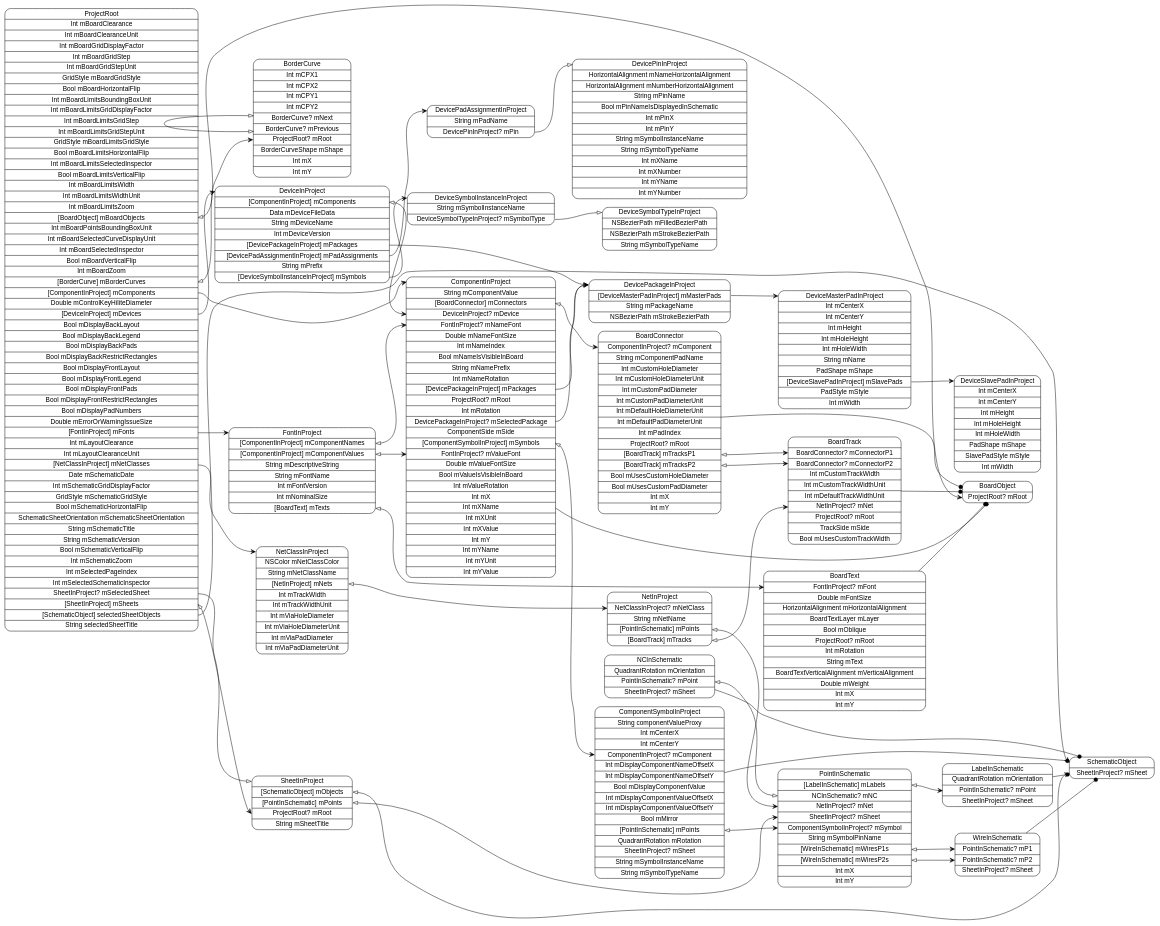
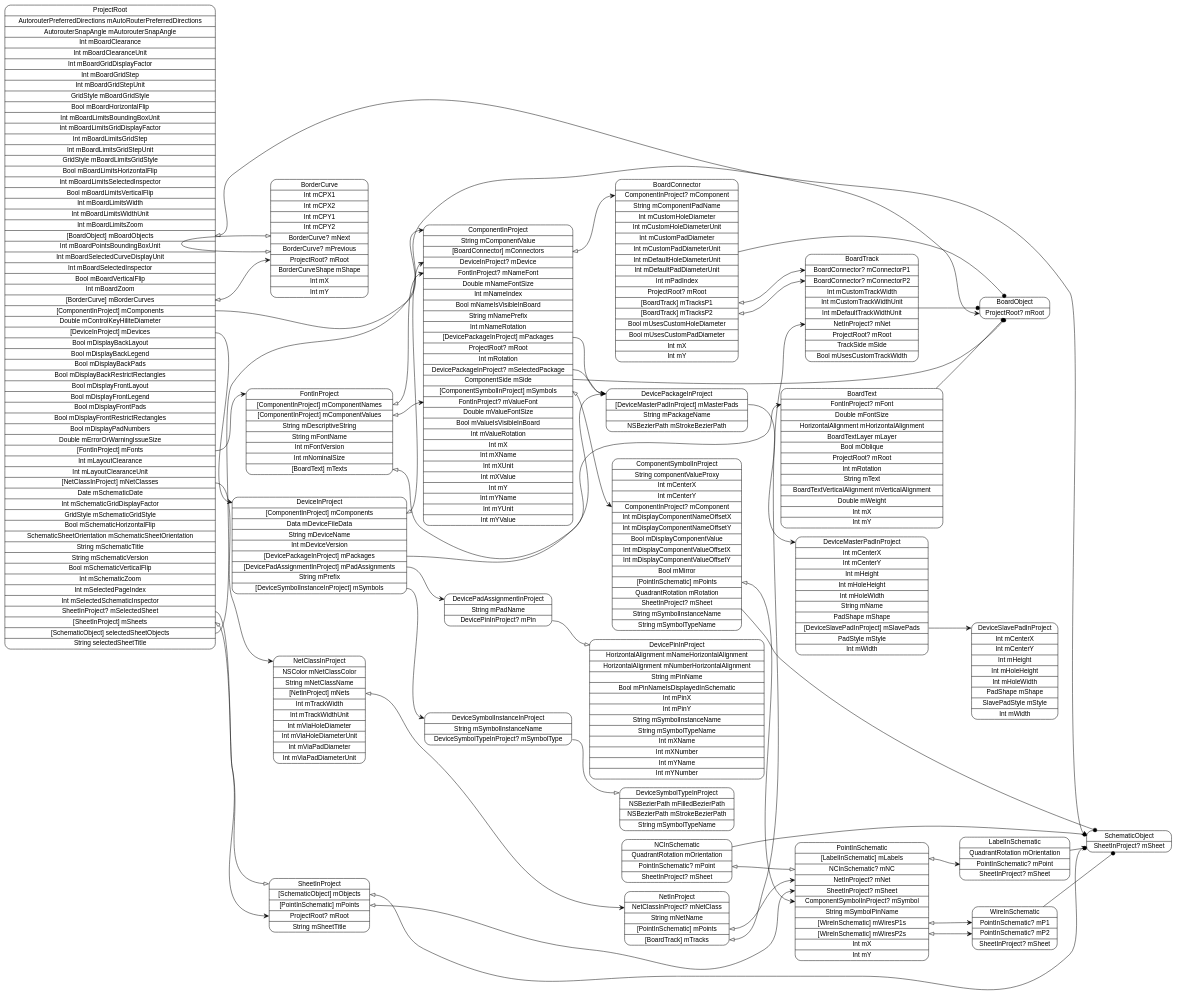
The diagram in models/ProjectRoot.dot (pierremolinaro/ElCanari-dev), drawn with Graphviz before and after one commit. The commit also changed 14 other files, not shown here.

```diff
--- a/models/ProjectRoot.dot
+++ b/models/ProjectRoot.dot
@@ -1,7 +1,7 @@
 digraph G {
   rankdir=LR ;
   node [shape=record fontname=helvetica style=rounded] ;
-  ProjectRoot[label="<ProjectRoot>ProjectRoot|Int mBoardClearance|Int mBoardClearanceUnit|Int mBoardGridDisplayFactor|Int mBoardGridStep|Int mBoardGridStepUnit|GridStyle mBoardGridStyle|Bool mBoardHorizontalFlip|Int mBoardLimitsBoundingBoxUnit|Int mBoardLimitsGridDisplayFactor|Int mBoardLimitsGridStep|Int mBoardLimitsGridStepUnit|GridStyle mBoardLimitsGridStyle|Bool mBoardLimitsHorizontalFlip|Int mBoardLimitsSelectedInspector|Bool mBoardLimitsVerticalFlip|Int mBoardLimitsWidth|Int mBoardLimitsWidthUnit|Int mBoardLimitsZoom|<mBoardObjects>[BoardObject] mBoardObjects|Int mBoardPointsBoundingBoxUnit|Int mBoardSelectedCurveDisplayUnit|Int mBoardSelectedInspector|Bool mBoardVerticalFlip|Int mBoardZoom|<mBorderCurves>[BorderCurve] mBorderCurves|<mComponents>[ComponentInProject] mComponents|Double mControlKeyHiliteDiameter|<mDevices>[DeviceInProject] mDevices|Bool mDisplayBackLayout|Bool mDisplayBackLegend|Bool mDisplayBackPads|Bool mDisplayBackRestrictRectangles|Bool mDisplayFrontLayout|Bool mDisplayFrontLegend|Bool mDisplayFrontPads|Bool mDisplayFrontRestrictRectangles|Bool mDisplayPadNumbers|Double mErrorOrWarningIssueSize|<mFonts>[FontInProject] mFonts|Int mLayoutClearance|Int mLayoutClearanceUnit|<mNetClasses>[NetClassInProject] mNetClasses|Date mSchematicDate|Int mSchematicGridDisplayFactor|GridStyle mSchematicGridStyle|Bool mSchematicHorizontalFlip|SchematicSheetOrientation mSchematicSheetOrientation|String mSchematicTitle|String mSchematicVersion|Bool mSchematicVerticalFlip|Int mSchematicZoom|Int mSelectedPageIndex|Int mSelectedSchematicInspector|<mSelectedSheet>SheetInProject? mSelectedSheet|<mSheets>[SheetInProject] mSheets|<selectedSheetObjects>[SchematicObject] selectedSheetObjects|String selectedSheetTitle"] ;
+  ProjectRoot[label="<ProjectRoot>ProjectRoot|AutorouterPreferredDirections mAutoRouterPreferredDirections|AutorouterSnapAngle mAutorouterSnapAngle|Int mBoardClearance|Int mBoardClearanceUnit|Int mBoardGridDisplayFactor|Int mBoardGridStep|Int mBoardGridStepUnit|GridStyle mBoardGridStyle|Bool mBoardHorizontalFlip|Int mBoardLimitsBoundingBoxUnit|Int mBoardLimitsGridDisplayFactor|Int mBoardLimitsGridStep|Int mBoardLimitsGridStepUnit|GridStyle mBoardLimitsGridStyle|Bool mBoardLimitsHorizontalFlip|Int mBoardLimitsSelectedInspector|Bool mBoardLimitsVerticalFlip|Int mBoardLimitsWidth|Int mBoardLimitsWidthUnit|Int mBoardLimitsZoom|<mBoardObjects>[BoardObject] mBoardObjects|Int mBoardPointsBoundingBoxUnit|Int mBoardSelectedCurveDisplayUnit|Int mBoardSelectedInspector|Bool mBoardVerticalFlip|Int mBoardZoom|<mBorderCurves>[BorderCurve] mBorderCurves|<mComponents>[ComponentInProject] mComponents|Double mControlKeyHiliteDiameter|<mDevices>[DeviceInProject] mDevices|Bool mDisplayBackLayout|Bool mDisplayBackLegend|Bool mDisplayBackPads|Bool mDisplayBackRestrictRectangles|Bool mDisplayFrontLayout|Bool mDisplayFrontLegend|Bool mDisplayFrontPads|Bool mDisplayFrontRestrictRectangles|Bool mDisplayPadNumbers|Double mErrorOrWarningIssueSize|<mFonts>[FontInProject] mFonts|Int mLayoutClearance|Int mLayoutClearanceUnit|<mNetClasses>[NetClassInProject] mNetClasses|Date mSchematicDate|Int mSchematicGridDisplayFactor|GridStyle mSchematicGridStyle|Bool mSchematicHorizontalFlip|SchematicSheetOrientation mSchematicSheetOrientation|String mSchematicTitle|String mSchematicVersion|Bool mSchematicVerticalFlip|Int mSchematicZoom|Int mSelectedPageIndex|Int mSelectedSchematicInspector|<mSelectedSheet>SheetInProject? mSelectedSheet|<mSheets>[SheetInProject] mSheets|<selectedSheetObjects>[SchematicObject] selectedSheetObjects|String selectedSheetTitle"] ;
   SchematicObject[label="<SchematicObject>SchematicObject|<mSheet>SheetInProject? mSheet"] ;
   SheetInProject[label="<SheetInProject>SheetInProject|<mObjects>[SchematicObject] mObjects|<mPoints>[PointInSchematic] mPoints|<mRoot>ProjectRoot? mRoot|String mSheetTitle"] ;
   PointInSchematic[label="<PointInSchematic>PointInSchematic|<mLabels>[LabelInSchematic] mLabels|<mNC>NCInSchematic? mNC|<mNet>NetInProject? mNet|<mSheet>SheetInProject? mSheet|<mSymbol>ComponentSymbolInProject? mSymbol|String mSymbolPinName|<mWiresP1s>[WireInSchematic] mWiresP1s|<mWiresP2s>[WireInSchematic] mWiresP2s|Int mX|Int mY"] ;
```
